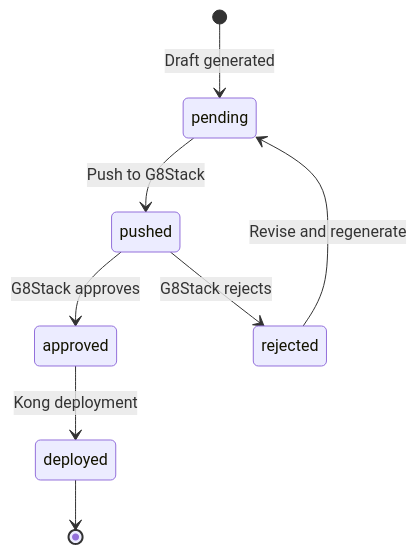
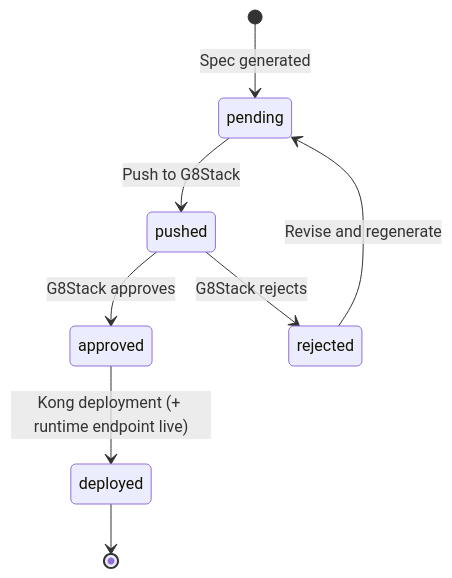
One commit to developers-hub-my/g8stack-connect changed the second of 3 diagrams in docs/05-roadmap/01-implementation-roadmap.md. Above: the diagram before and after it, drawn with Mermaid. The commit also changed other lines of this file and 1 other file, not shown here.

````diff
--- a/docs/05-roadmap/01-implementation-roadmap.md
+++ b/docs/05-roadmap/01-implementation-roadmap.md
@@ -245,10 +282,10 @@
 ```mermaid
 stateDiagram-v2
-    [*] --> pending: Draft generated
+    [*] --> pending: Spec generated
     pending --> pushed: Push to G8Stack
     pushed --> approved: G8Stack approves
     pushed --> rejected: G8Stack rejects
     rejected --> pending: Revise and regenerate
-    approved --> deployed: Kong deployment
+    approved --> deployed: Kong deployment (+ runtime endpoint live)
     deployed --> [*]
 ```
````
